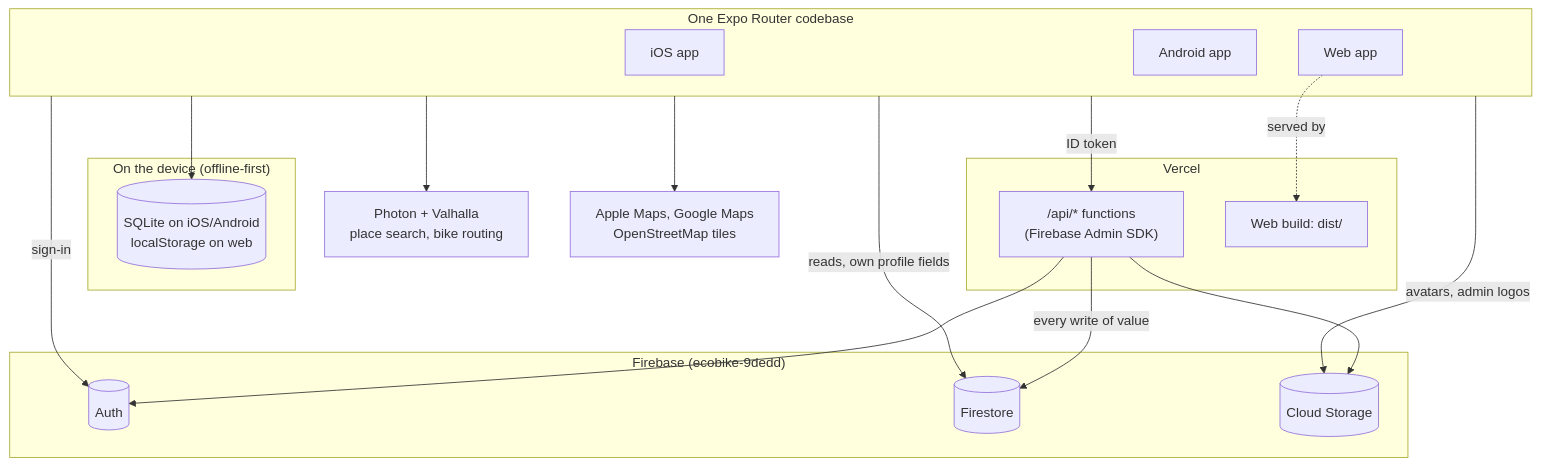
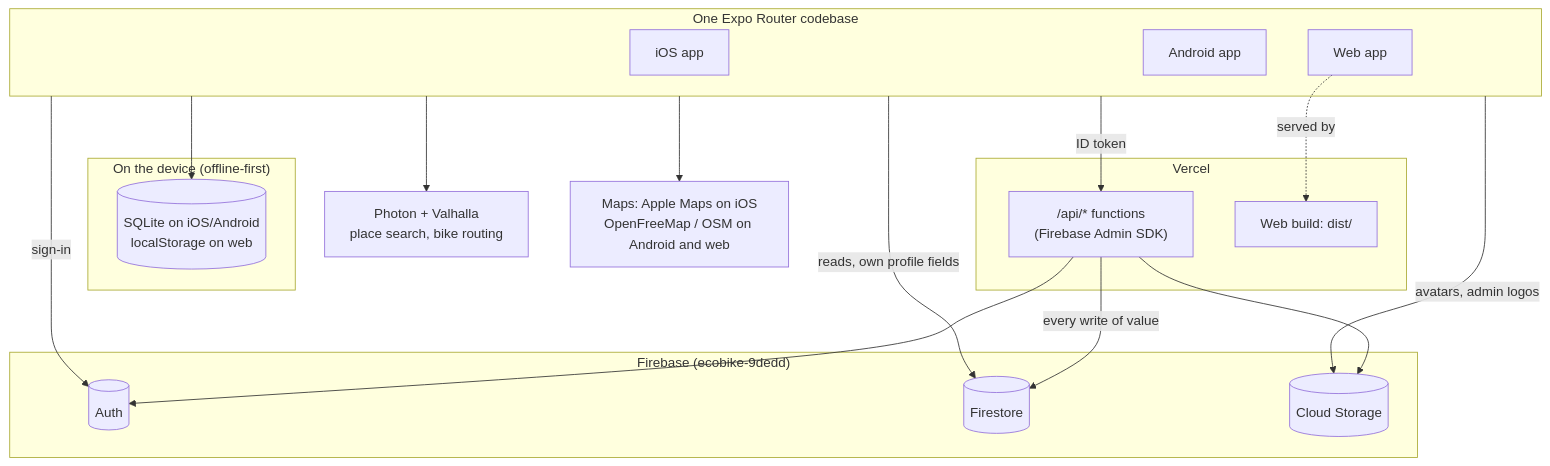
Before and after one commit to DonatoNicolasAyalaOsorio73/ecobike: the first of 4 diagrams in README.md, drawn with Mermaid. The commit also changed other lines of this file and 13 other files, not shown here.

First line of the commit message:
feat(map): free Android map with MapLibre + OpenFreeMap (no API key)

````diff
--- a/README.md
+++ b/README.md
@@ -34,34 +34,34 @@
 ```mermaid
 flowchart TB
   subgraph Clients["One Expo Router codebase"]
     ios[iOS app]
     android[Android app]
     web[Web app]
   end
   subgraph Device["On the device (offline-first)"]
     local[(SQLite on iOS/Android<br/>localStorage on web)]
   end
   subgraph Vercel
     api["/api/* functions<br/>(Firebase Admin SDK)"]
     static[Web build: dist/]
   end
   subgraph Firebase["Firebase (ecobike-9dedd)"]
     auth[(Auth)]
     fs[(Firestore)]
     st[(Cloud Storage)]
   end
   geo[Photon + Valhalla<br/>place search, bike routing]
-  maps[Apple Maps, Google Maps<br/>OpenStreetMap tiles]
+  maps[Maps: Apple Maps on iOS<br/>OpenFreeMap / OSM on Android and web]
 
   Clients --> local
   Clients -- "ID token" --> api
   Clients -- "reads, own profile fields" --> fs
   Clients -- "sign-in" --> auth
   Clients -- "avatars, admin logos" --> st
   Clients --> geo
   Clients --> maps
   web -. served by .-> static
   api -- "every write of value" --> fs
   api --> auth
   api --> st
 ```
````
